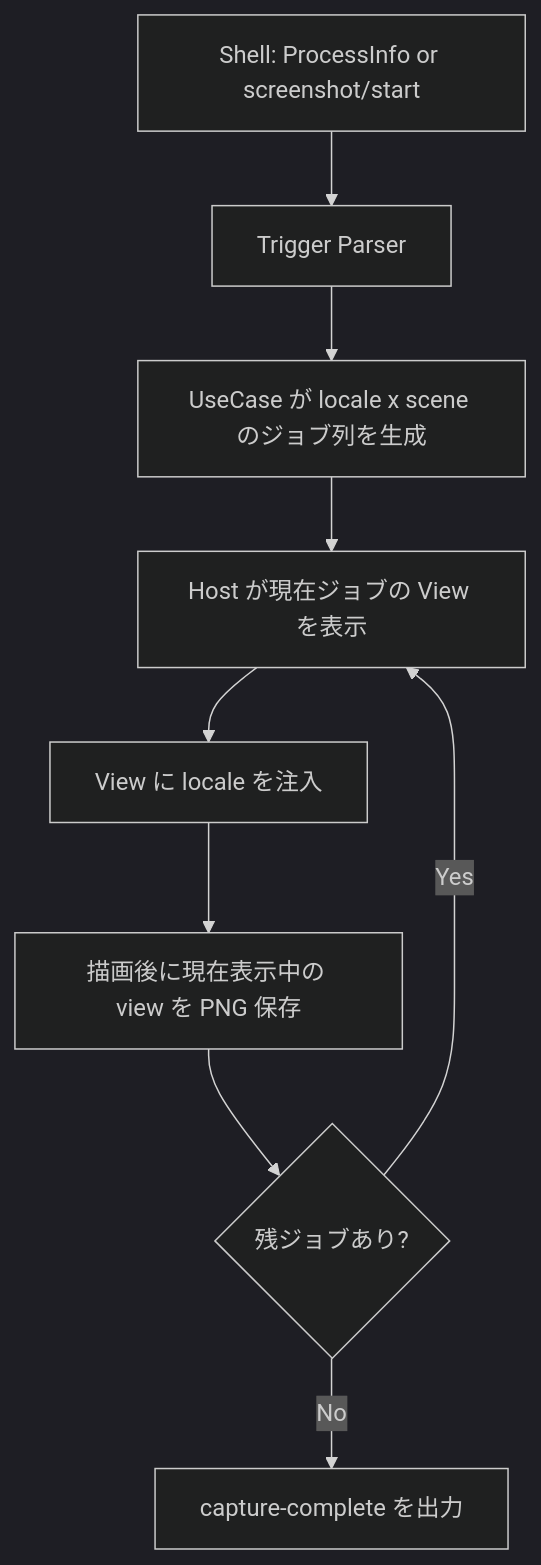
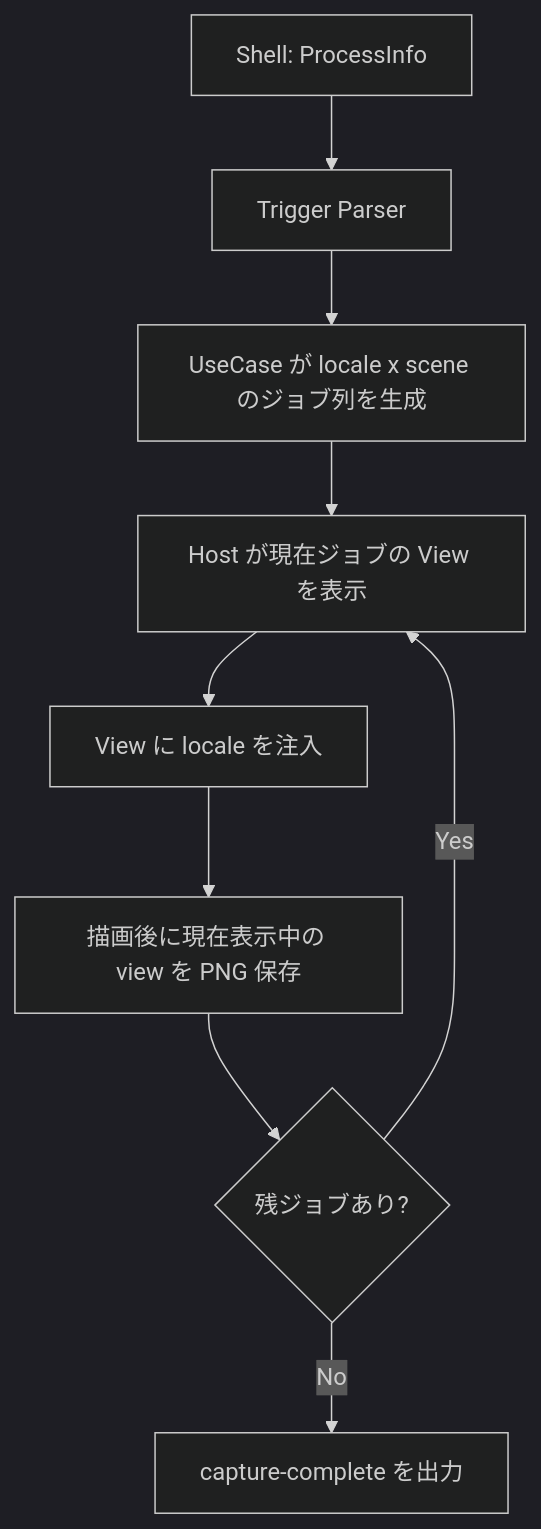
Before and after one commit to kmatsushita1012/ScreenshotKit: the diagram in docs/design.md, drawn with Mermaid (dark theme). The commit also changed other lines of this file and 4 other files, not shown here.

Commit message:
refactor: remove URL-based screenshot trigger

````diff
--- a/docs/design.md
+++ b/docs/design.md
@@ -61,11 +60,11 @@
 ```mermaid
 flowchart TD
-    A["Shell: ProcessInfo or screenshot/start"] --> B["Trigger Parser"]
+    A["Shell: ProcessInfo"] --> B["Trigger Parser"]
     B --> C["UseCase が locale x scene のジョブ列を生成"]
     C --> D["Host が現在ジョブの View を表示"]
     D --> E["View に locale を注入"]
     E --> F["描画後に現在表示中の view を PNG 保存"]
     F --> G{"残ジョブあり?"}
     G -->|Yes| D
     G -->|No| H["capture-complete を出力"]
 ```
````
